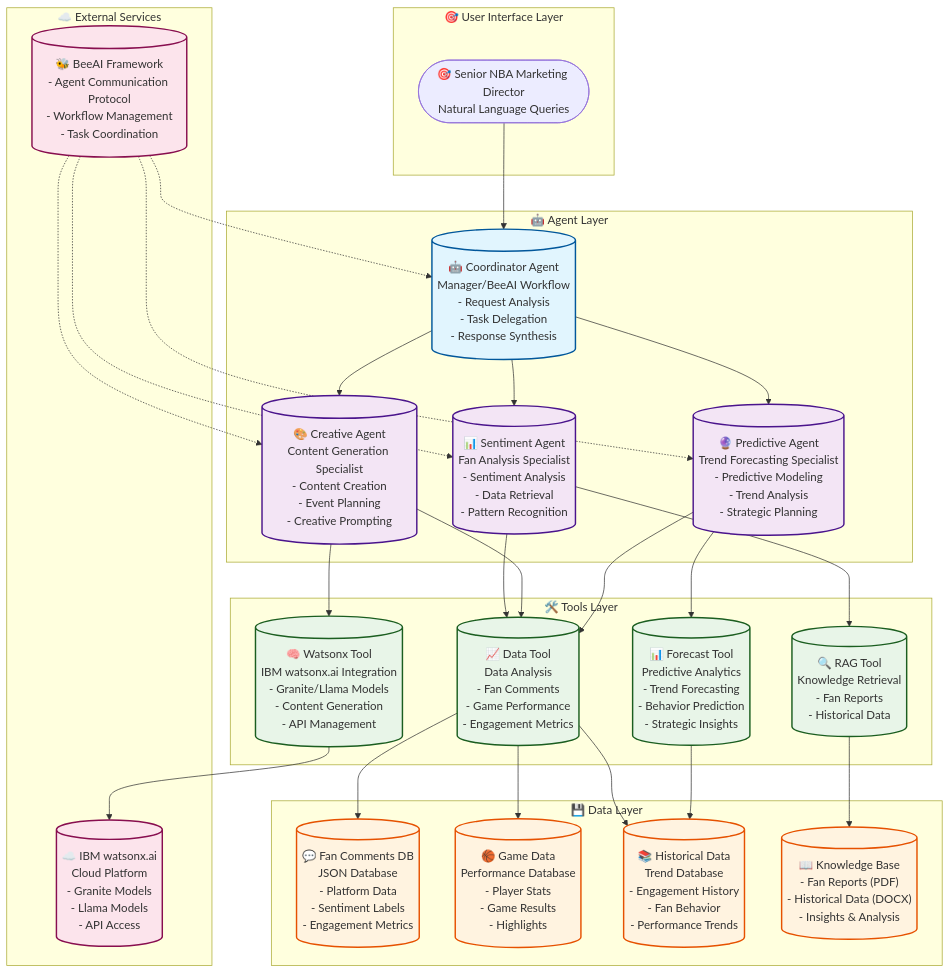
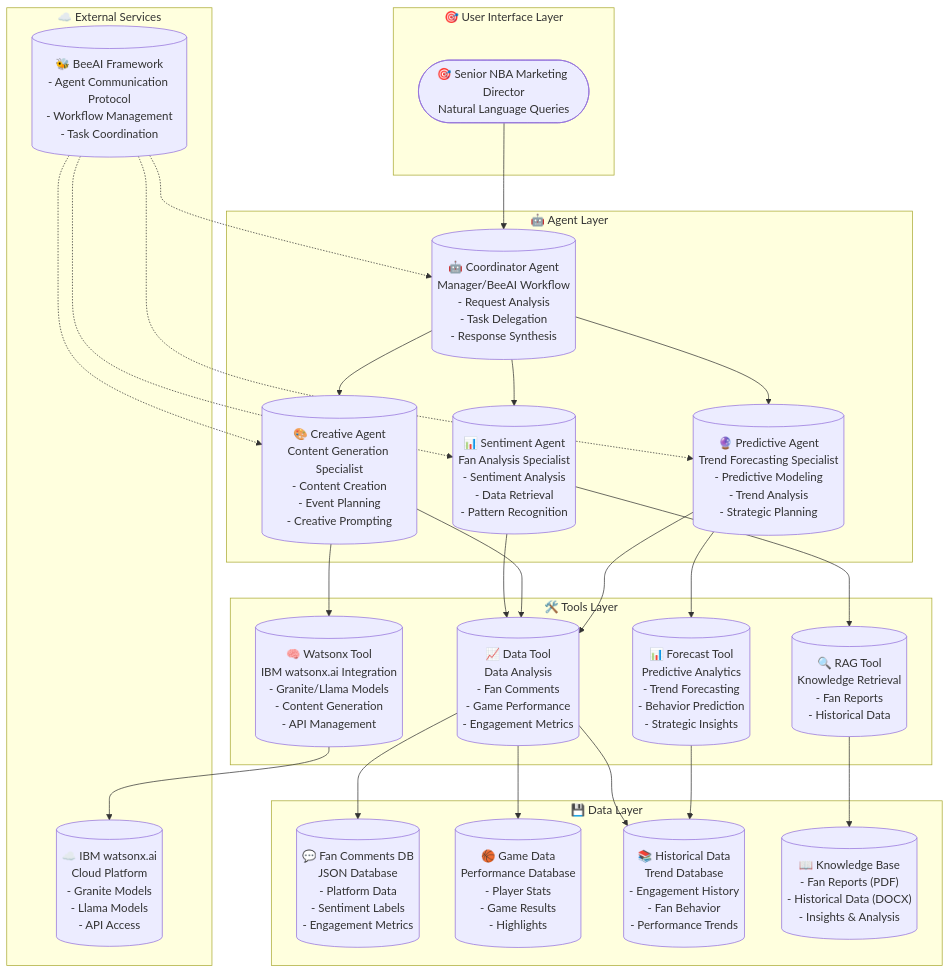
Before and after one commit to Alvin9840/NBA-Marketing-AI-Dashboard: the diagram in README.md, drawn with Mermaid.

Commit message:
removed bad styles

````diff
--- a/README.md
+++ b/README.md
@@ -15,12 +15,5 @@
 ```mermaid
 graph TB
-    %% Define styles
-    classDef coordinator fill:#e1f5fe,stroke:#01579b,stroke-width:2px
-    classDef specialist fill:#f3e5f5,stroke:#4a148c,stroke-width:2px
-    classDef tool fill:#e8f5e8,stroke:#1b5e20,stroke-width:2px
-    classDef data fill:#fff3e0,stroke:#e65100,stroke-width:2px
-    classDef external fill:#fce4ec,stroke:#880e4f,stroke-width:2px
-    
     %% User Interface
     User(["🎯 Senior NBA Marketing Director<br/>Natural Language Queries"])
     
````
